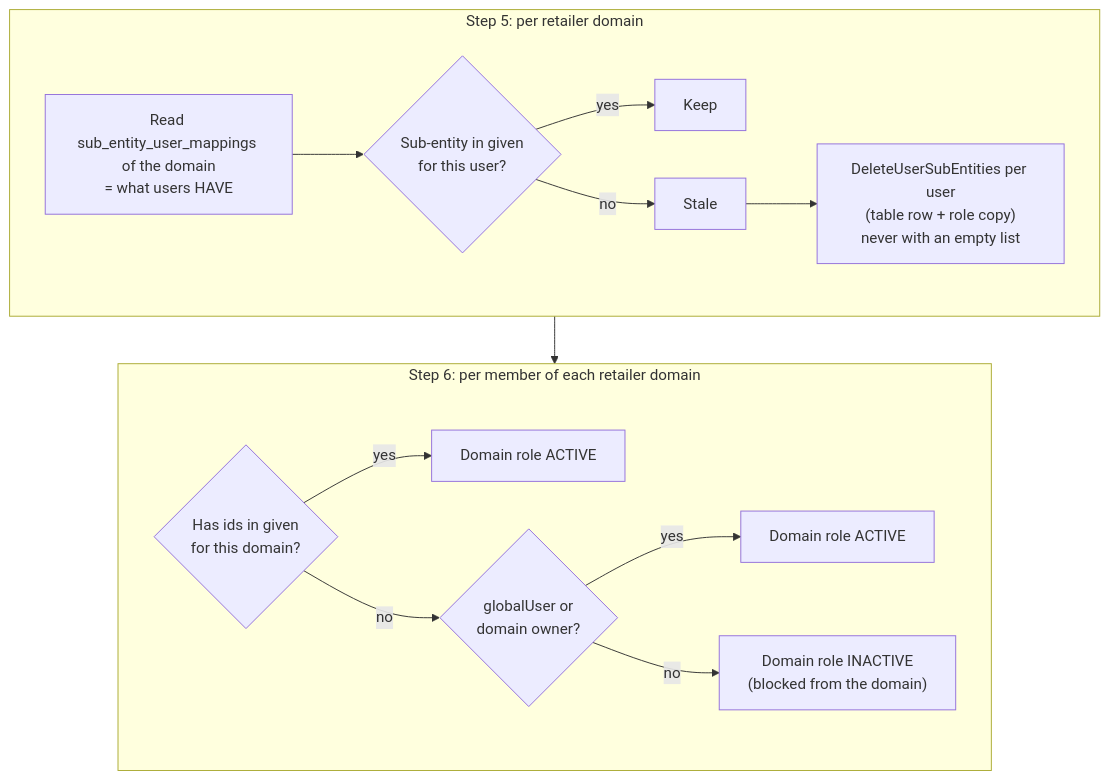
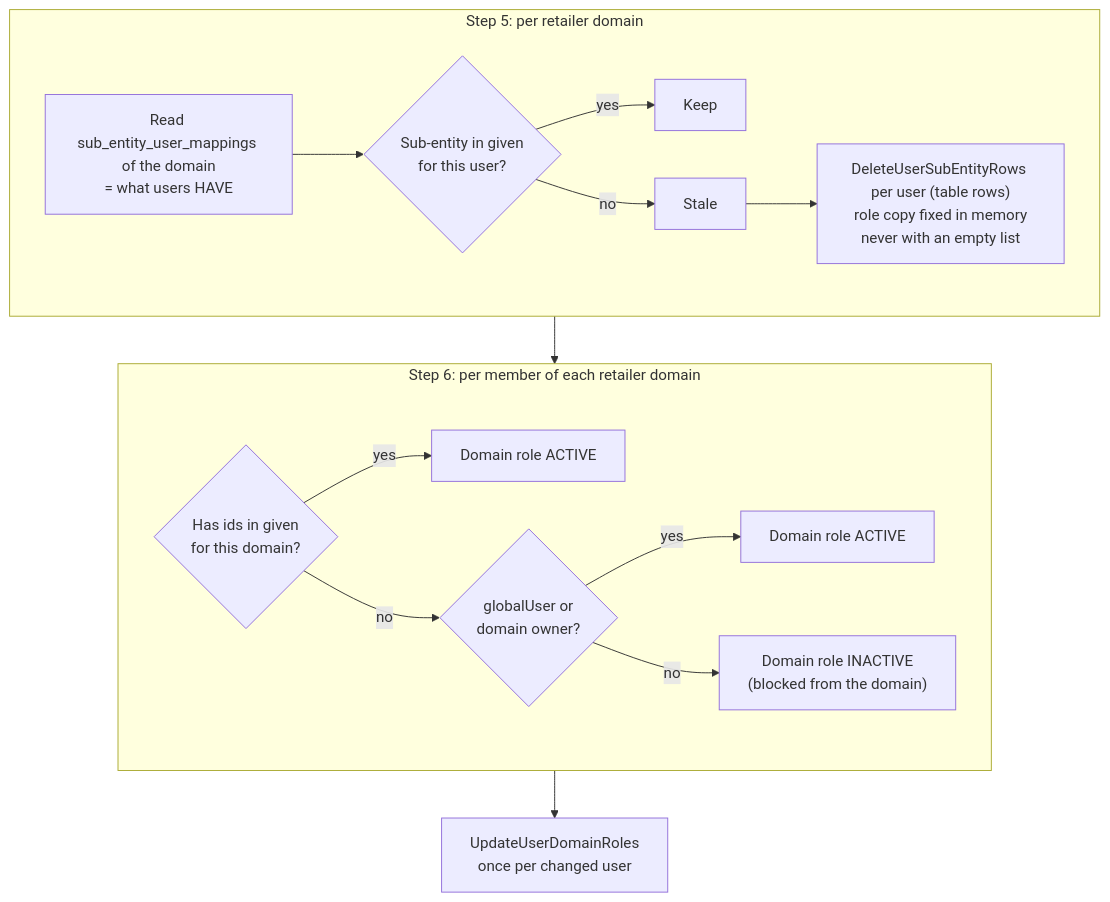
One commit to vijetapriya1/Vijeta-docs changed the seventh of 7 diagrams in sync_subentities.md. Above: the diagram before and after it, drawn with Mermaid. The commit also changed other lines of this file, not shown here.

````diff
--- a/sync_subentities.md
+++ b/sync_subentities.md
@@ -241,19 +267,20 @@
 ```mermaid
 flowchart TD
     subgraph s5["Step 5: per retailer domain"]
         R1["Read sub_entity_user_mappings of the domain<br/>= what users HAVE"] --> R2{"Sub-entity in given<br/>for this user?"}
         R2 -->|yes| Keep["Keep"]
         R2 -->|no| Stale["Stale"]
-        Stale --> Del["DeleteUserSubEntities per user<br/>(table row + role copy)<br/>never with an empty list"]
+        Stale --> Del["DeleteUserSubEntityRows per user (table rows)<br/>role copy fixed in memory<br/>never with an empty list"]
     end
 
     subgraph s6["Step 6: per member of each retailer domain"]
         M1{"Has ids in given<br/>for this domain?"}
         M1 -->|yes| A["Domain role ACTIVE"]
         M1 -->|no| M2{"globalUser or<br/>domain owner?"}
         M2 -->|yes| L["Domain role ACTIVE"]
         M2 -->|no| I["Domain role INACTIVE<br/>(blocked from the domain)"]
     end
 
     s5 --> s6
+    s6 --> W["UpdateUserDomainRoles<br/>once per changed user"]
 ```
````
